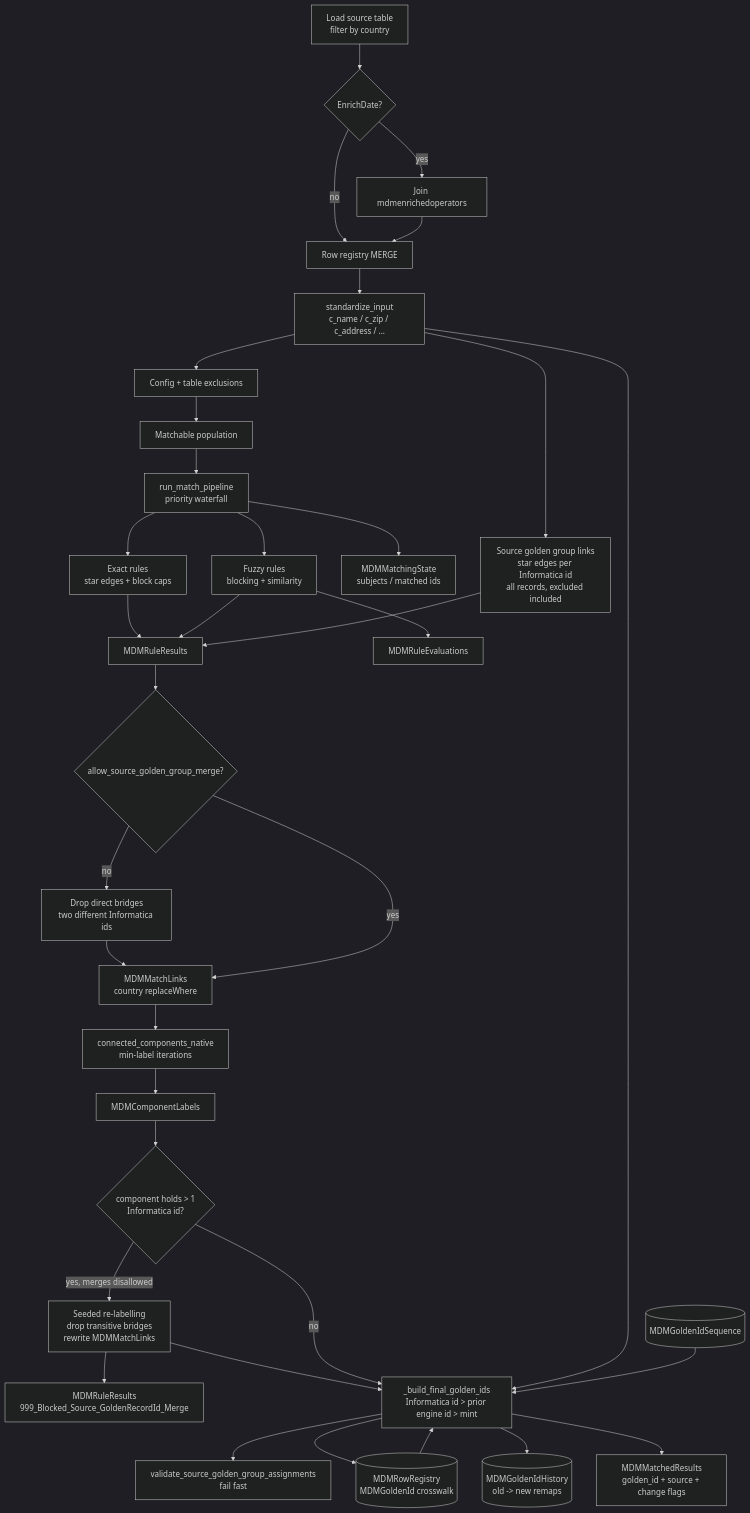
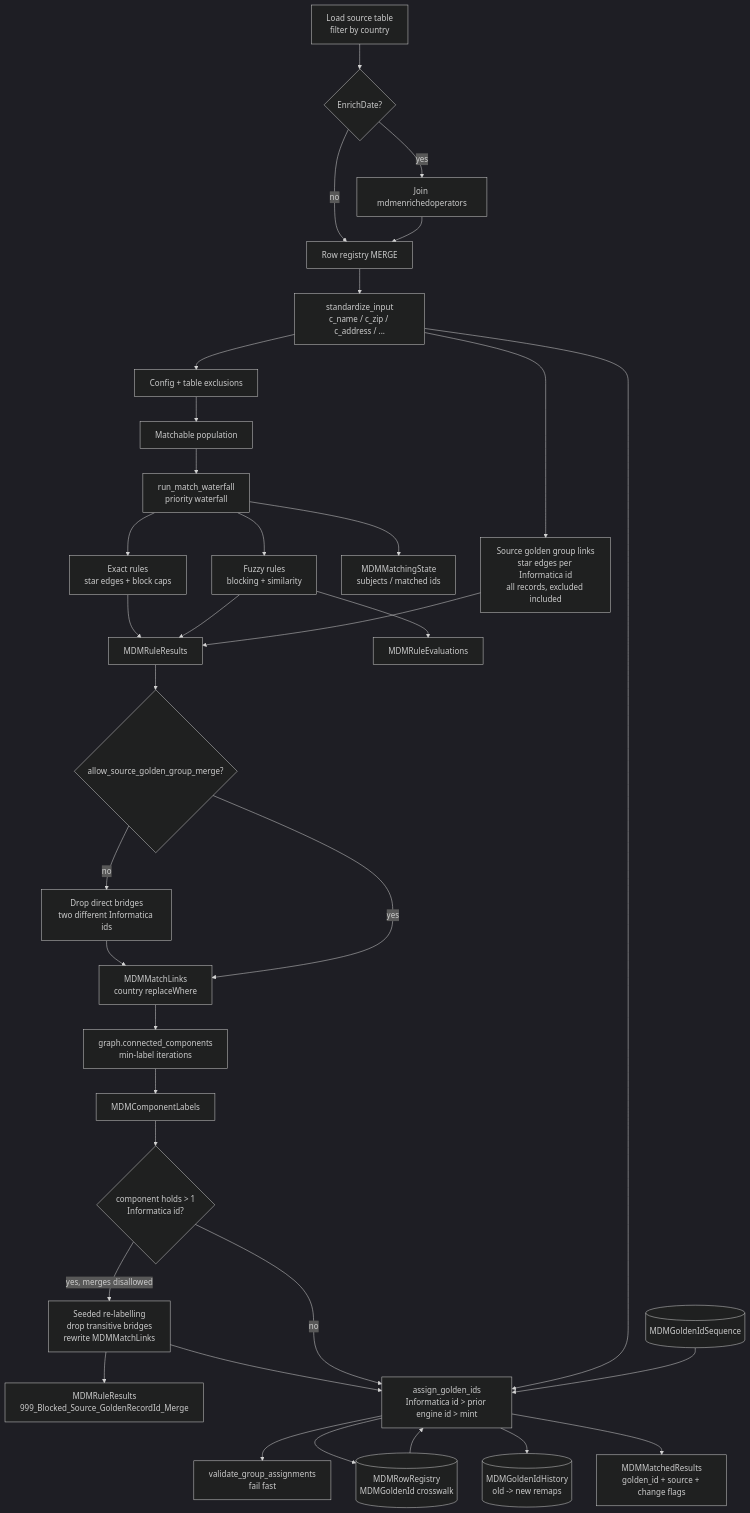
One commit to exa-admin/Virgo changed the diagram in docs/ARCHITECTURE.md. Above: the diagram before and after it, drawn with Mermaid (dark theme). The commit also changed other lines of this file and 35 other files, not shown here.

````diff
--- a/docs/ARCHITECTURE.md
+++ b/docs/ARCHITECTURE.md
@@ -9,41 +9,41 @@
 ```mermaid
 flowchart TD
   A[Load source table<br/>filter by country] --> B{EnrichDate?}
   B -->|yes| C[Join mdmenrichedoperators]
   B -->|no| D[Row registry MERGE]
   C --> D
   D --> E[standardize_input<br/>c_name / c_zip / c_address / ...]
   E --> F[Config + table exclusions]
   F --> G[Matchable population]
-  G --> H[run_match_pipeline<br/>priority waterfall]
+  G --> H[run_match_waterfall<br/>priority waterfall]
 
   H --> H1[Exact rules<br/>star edges + block caps]
   H --> H2[Fuzzy rules<br/>blocking + similarity]
   H1 --> I[MDMRuleResults]
   H2 --> I
   H2 --> J[MDMRuleEvaluations]
   H --> K[MDMMatchingState<br/>subjects / matched ids]
 
   E --> SG[Source golden group links<br/>star edges per Informatica id<br/>all records, excluded included]
   SG --> I
   I --> BF{allow_source_golden_group_merge?}
   BF -->|no| BD[Drop direct bridges<br/>two different Informatica ids]
   BD --> L
   BF -->|yes| L
   L[MDMMatchLinks<br/>country replaceWhere]
-  L --> M[connected_components_native<br/>min-label iterations]
+  L --> M[graph.connected_components<br/>min-label iterations]
   M --> N[MDMComponentLabels]
   N --> BT{component holds > 1<br/>Informatica id?}
   BT -->|yes, merges disallowed| BR[Seeded re-labelling<br/>drop transitive bridges<br/>rewrite MDMMatchLinks]
   BR --> BL[MDMRuleResults<br/>999_Blocked_Source_GoldenRecordId_Merge]
   BR --> O
   BT -->|no| O
-  O[_build_final_golden_ids<br/>Informatica id > prior engine id > mint]
-  O --> V[validate_source_golden_group_assignments<br/>fail fast]
+  O[assign_golden_ids<br/>Informatica id > prior engine id > mint]
+  O --> V[validate_group_assignments<br/>fail fast]
   E --> O
   S[(MDMGoldenIdSequence)] --> O
   O --> R[(MDMRowRegistry<br/>MDMGoldenId crosswalk)]
   R --> O
   O --> X[(MDMGoldenIdHistory<br/>old -> new remaps)]
   O --> P[MDMMatchedResults<br/>golden_id + source + change flags]
 ```
````
